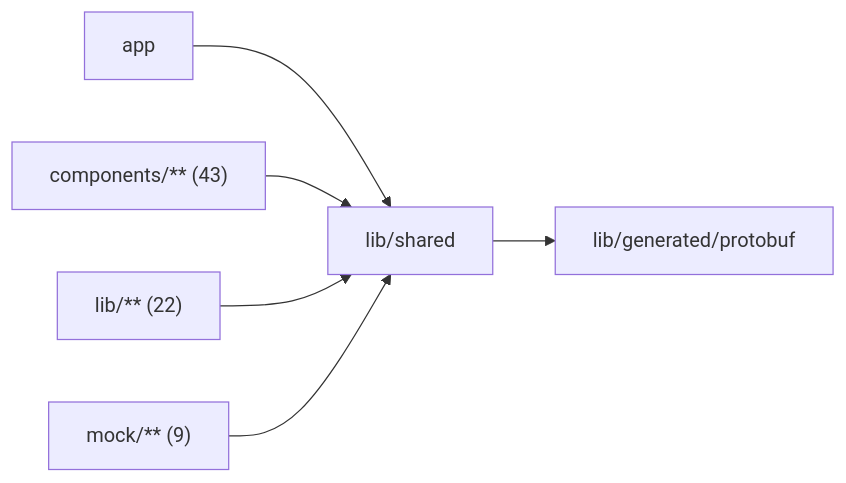
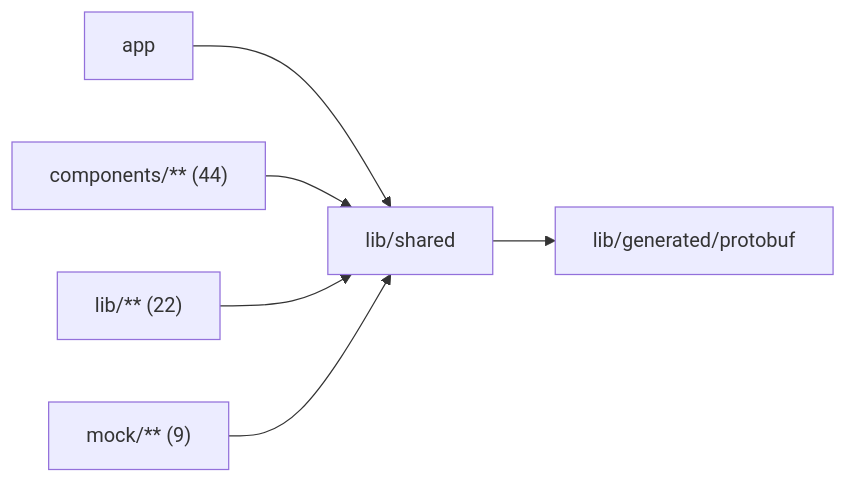
One commit to superdurable/superverse changed the diagram in web/studio/lib/shared/README.md. Above: the diagram before and after it, drawn with Mermaid. The commit also changed other lines of this file and 226 other files, not shown here.

````diff
--- a/web/studio/lib/shared/README.md
+++ b/web/studio/lib/shared/README.md
@@ -10,9 +10,9 @@
 ```mermaid
 flowchart LR
   self["lib/shared"]
   c0["app"] --> self
-  c1["components/** (43)"] --> self
+  c1["components/** (44)"] --> self
   c2["lib/** (22)"] --> self
   c3["mock/** (9)"] --> self
   self --> d0["lib/generated/protobuf"]
 ```
````
